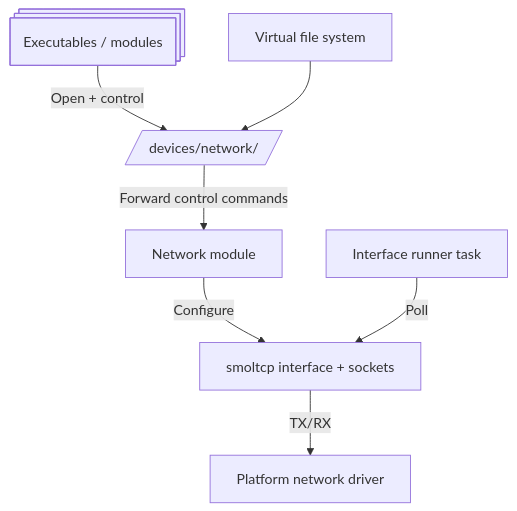
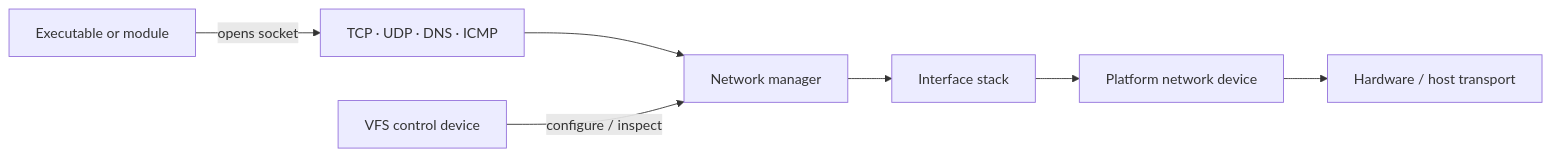
The first of 3 diagrams in src/explanation/architecture/modules/network.md (Xila-Project/Website), drawn with Mermaid before and after one commit. The commit also changed other lines of this file and 19 other files, not shown here.

Commit message:
docs: make architecture explanations more accessible (#54)

````diff
--- a/src/explanation/architecture/modules/network.md
+++ b/src/explanation/architecture/modules/network.md
@@ -43,17 +15,9 @@
 ```mermaid
-graph TD
-	Apps@{ shape: processes, label: "Executables / modules" }
-	VFS[Virtual file system]
-	Net[Network module]
-	Dev[/devices/network/<name>/]
-	Runner[Interface runner task]
-	Stack[smoltcp interface + sockets]
-	Driver[Platform network driver]
-
-	Apps -->|Open + control| Dev
-	Dev -->|Forward control commands| Net
-	Net -->|Configure| Stack
-	Runner -->|Poll| Stack
-	Stack -->|TX/RX| Driver
-	VFS --> Dev
+flowchart LR
+    App[Executable or module] -->|opens socket| Socket[TCP · UDP · DNS · ICMP]
+    Socket --> Network[Network manager]
+    Network --> Stack[Interface stack]
+    Stack --> Driver[Platform network device]
+    Driver --> Hardware[Hardware / host transport]
+    Control[VFS control device] -->|configure / inspect| Network
 ```
````
